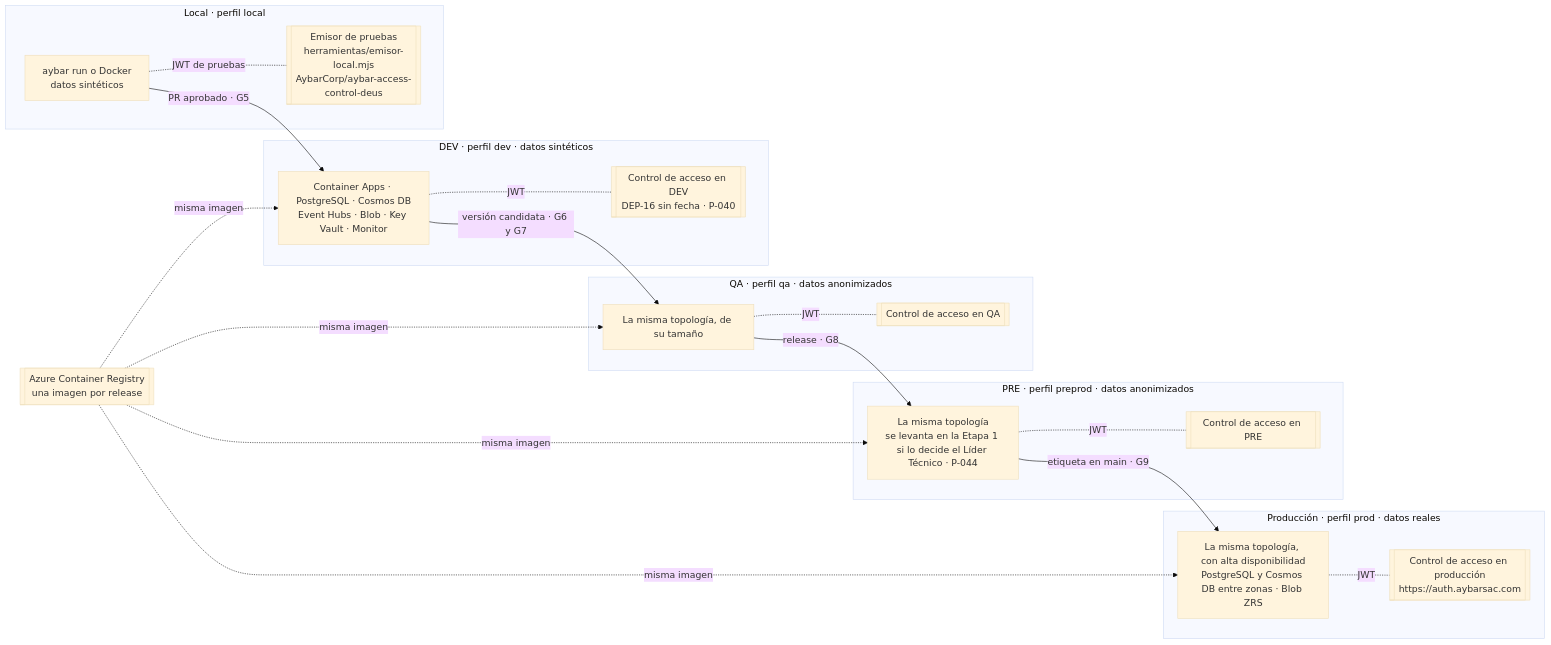
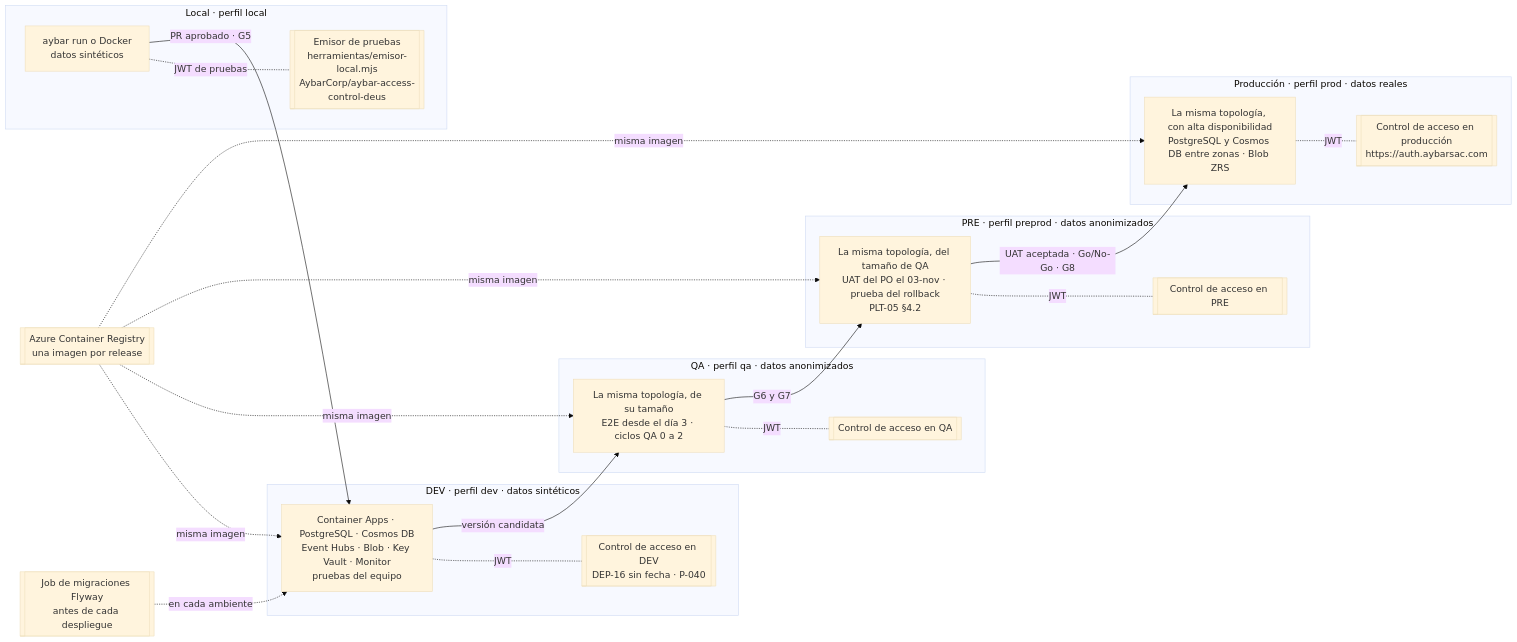
One commit to michel-poma-huachihuaco/tyc-mockup changed the fourth of 5 diagrams in propuesta-po/documentacion/paquete-definir-etapa1-v1.3/arquitectura/diagrama-arquitectura.md. Above: the diagram before and after it, drawn with Mermaid (base theme). The commit also changed other lines of this file and 54 other files, not shown here.

````diff
--- a/propuesta-po/documentacion/paquete-definir-etapa1-v1.3/arquitectura/diagrama-arquitectura.md
+++ b/propuesta-po/documentacion/paquete-definir-etapa1-v1.3/arquitectura/diagrama-arquitectura.md
@@ -215,37 +221,39 @@
 ```mermaid
 flowchart LR
   subgraph local["Local · perfil local"]
     l1["aybar run o Docker<br/>datos sintéticos"]
     l2[["Emisor de pruebas<br/>herramientas/emisor-local.mjs<br/>AybarCorp/aybar-access-control-deus"]]
   end
   subgraph dev["DEV · perfil dev · datos sintéticos"]
-    d1["Container Apps · PostgreSQL · Cosmos DB<br/>Event Hubs · Blob · Key Vault · Monitor"]
+    d1["Container Apps · PostgreSQL · Cosmos DB<br/>Event Hubs · Blob · Key Vault · Monitor<br/>pruebas del equipo"]
     d2[["Control de acceso en DEV<br/>DEP-16 sin fecha · P-040"]]
   end
   subgraph qa["QA · perfil qa · datos anonimizados"]
-    q1["La misma topología, de su tamaño"]
+    q1["La misma topología, de su tamaño<br/>E2E desde el día 3 · ciclos QA 0 a 2"]
     q2[["Control de acceso en QA"]]
   end
   subgraph pre["PRE · perfil preprod · datos anonimizados"]
-    p1["La misma topología<br/>se levanta en la Etapa 1 si lo decide el Líder Técnico · P-044"]
+    p1["La misma topología, del tamaño de QA<br/>UAT del PO el 03-nov · prueba del rollback<br/>PLT-05 §4.2"]
     p2[["Control de acceso en PRE"]]
   end
   subgraph prod["Producción · perfil prod · datos reales"]
     r1["La misma topología, con alta disponibilidad<br/>PostgreSQL y Cosmos DB entre zonas · Blob ZRS"]
     r2[["Control de acceso en producción<br/>https://auth.aybarsac.com"]]
   end
   acr[["Azure Container Registry<br/>una imagen por release"]]
+  mig[["Job de migraciones Flyway<br/>antes de cada despliegue"]]
   l1 -. "JWT de pruebas" .- l2
   d1 -. "JWT" .- d2
   q1 -. "JWT" .- q2
   p1 -. "JWT" .- p2
   r1 -. "JWT" .- r2
   l1 -- "PR aprobado · G5" --> d1
-  d1 -- "versión candidata · G6 y G7" --> q1
-  q1 -- "release · G8" --> p1
-  p1 -- "etiqueta en main · G9" --> r1
+  d1 -- "versión candidata" --> q1
+  q1 -- "G6 y G7" --> p1
+  p1 -- "UAT aceptada · Go/No-Go · G8" --> r1
   acr -. "misma imagen" .-> d1
   acr -. "misma imagen" .-> q1
   acr -. "misma imagen" .-> p1
   acr -. "misma imagen" .-> r1
+  mig -. "en cada ambiente" .-> d1
 ```
````
